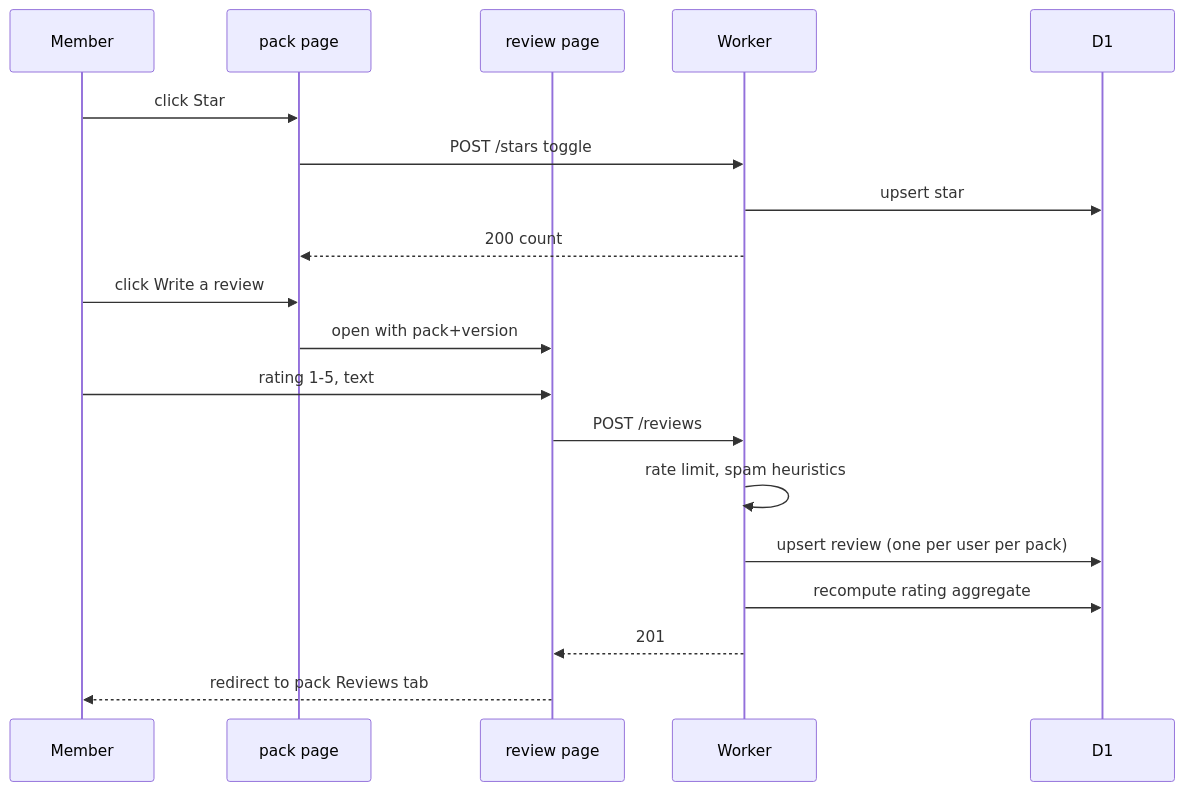
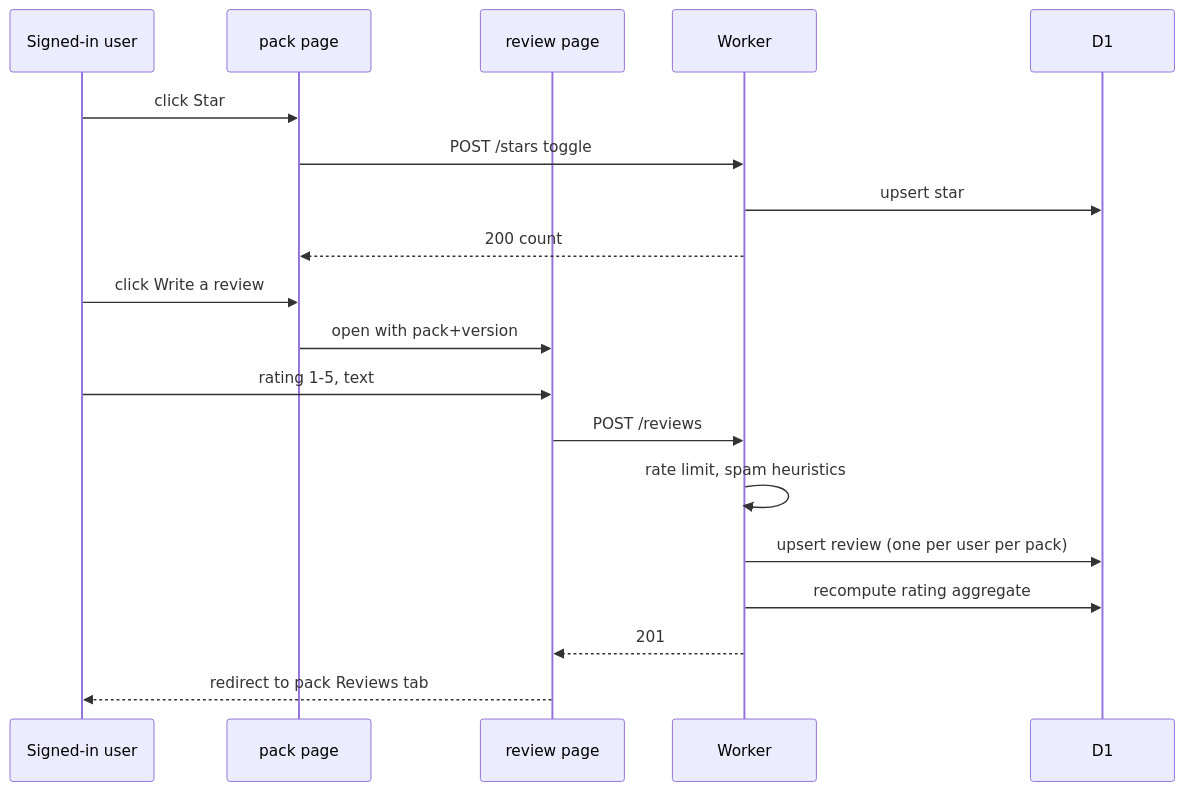
The third of 13 diagrams in docs/ui/flows.md (Claudinite/PackServer), drawn with Mermaid before and after one commit. The commit also changed other lines of this file and 6 other files, not shown here.

````diff
--- a/docs/ui/flows.md
+++ b/docs/ui/flows.md
@@ -107,21 +109,21 @@
 ```mermaid
 sequenceDiagram
-  participant M as Member
+  participant M as Signed-in user
   participant P as pack page
   participant R as review page
   participant W as Worker
   participant D as D1
   M->>P: click Star
   P->>W: POST /stars toggle
   W->>D: upsert star
   W-->>P: 200 count
   M->>P: click Write a review
   P->>R: open with pack+version
   M->>R: rating 1-5, text
   R->>W: POST /reviews
   W->>W: rate limit, spam heuristics
   W->>D: upsert review (one per user per pack)
   W->>D: recompute rating aggregate
   W-->>R: 201
   R-->>M: redirect to pack Reviews tab
 ```
````
